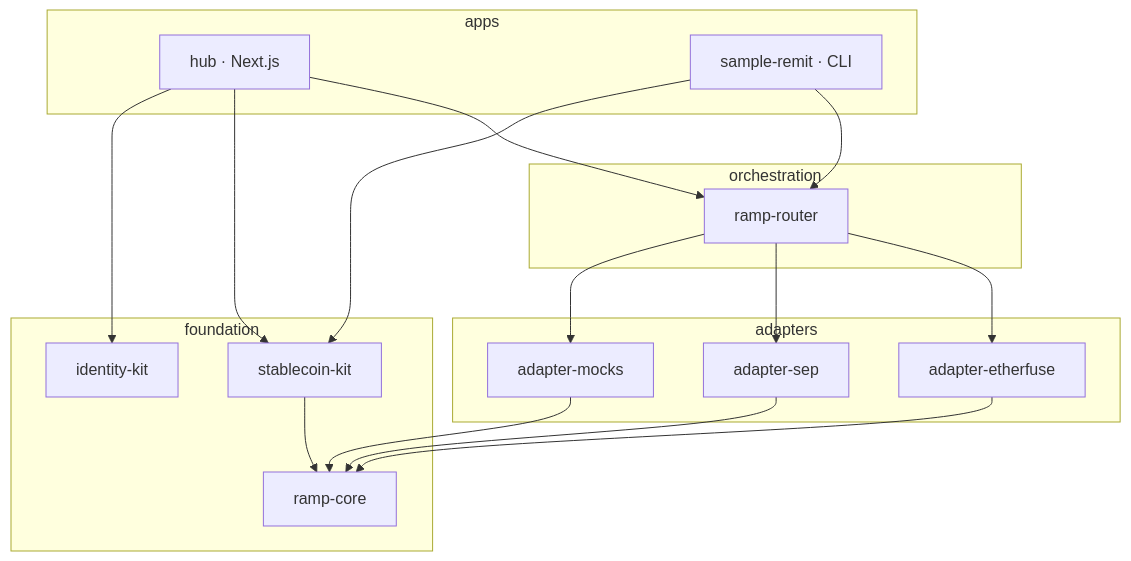
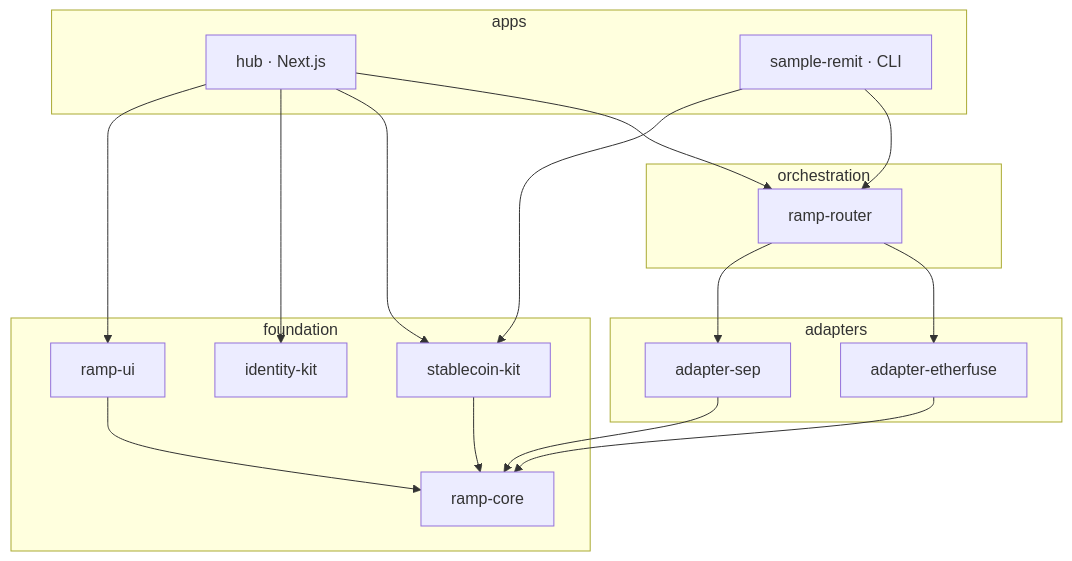
Before and after one commit to ACTA-Team/brazil-regional-kit: the diagram in docs/architecture.md, drawn with Mermaid. The commit also changed other lines of this file and 8 other files, not shown here.

````diff
--- a/docs/architecture.md
+++ b/docs/architecture.md
@@ -27,29 +27,31 @@
 ```mermaid
 flowchart TD
   subgraph apps
     Hub[hub · Next.js]
     Sample[sample-remit · CLI]
   end
   subgraph orchestration
     Router[ramp-router]
   end
   subgraph adapters
     AE[adapter-etherfuse]
     AS[adapter-sep]
-    AM[adapter-mocks]
   end
   subgraph foundation
     Core[ramp-core]
     SK[stablecoin-kit]
     ID[identity-kit]
+    UI[ramp-ui]
   end
 
   Hub --> Router
   Hub --> SK
   Hub --> ID
+  Hub --> UI
   Sample --> Router
   Sample --> SK
-  Router --> AE & AS & AM
-  AE & AS & AM --> Core
+  Router --> AE & AS
+  AE & AS --> Core
   SK --> Core
+  UI --> Core
 ```
````
